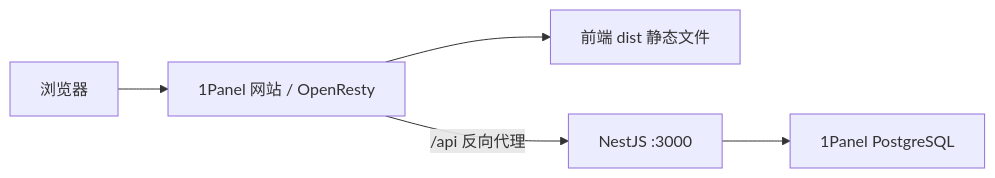
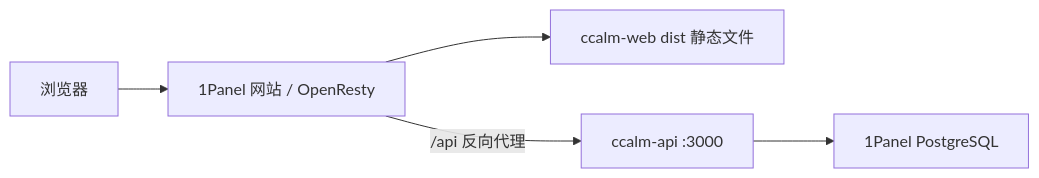
The diagram in README.md (ccalm952/ccalm-system), drawn with Mermaid before and after one commit. The commit also changed other lines of this file and 136 other files, not shown here.

````diff
--- a/README.md
+++ b/README.md
@@ -56,7 +61,7 @@
 ```mermaid
 flowchart LR
   browser["浏览器"] --> site["1Panel 网站 / OpenResty"]
-  site --> frontend["前端 dist 静态文件"]
-  site -->|"/api 反向代理"| backend["NestJS :3000"]
-  backend --> postgres["1Panel PostgreSQL"]
+  site --> frontend["ccalm-web dist 静态文件"]
+  site -->|"/api 反向代理"| api["ccalm-api :3000"]
+  api --> postgres["1Panel PostgreSQL"]
 ```
````
